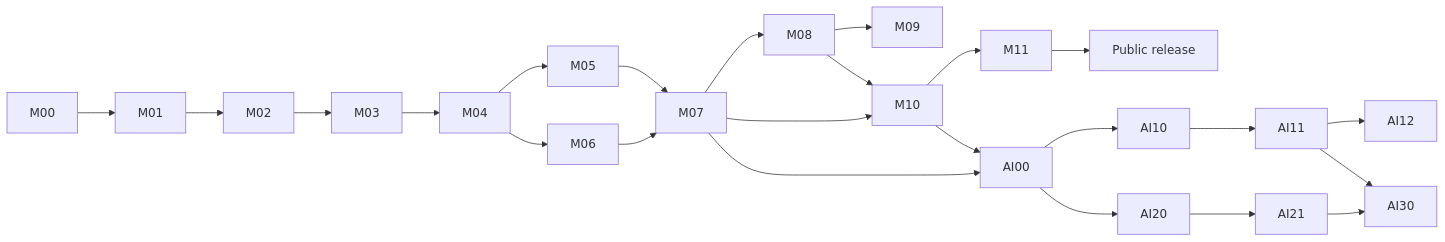
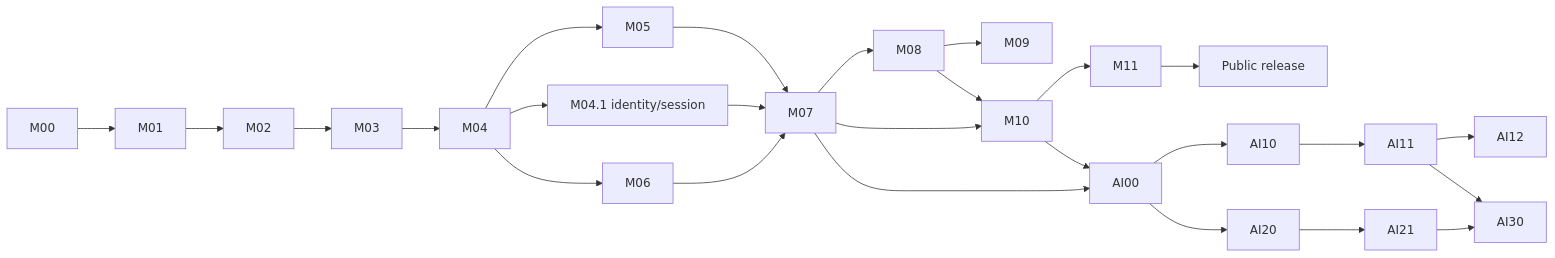
The eighth of 8 diagrams in docs/general-plan.md (MarneusKalgar/aspectloop), drawn with Mermaid before and after one commit. The commit also changed other lines of this file and 49 other files, not shown here.

````diff
--- a/docs/general-plan.md
+++ b/docs/general-plan.md
@@ -1228,17 +1302,19 @@
 ```mermaid
 flowchart LR
   M00 --> M01 --> M02 --> M03 --> M04 --> M05
+  M04 --> M04_1["M04.1 identity/session"]
   M04 --> M06
   M05 --> M07
+  M04_1 --> M07
   M06 --> M07 --> M08 --> M09
   M07 --> M10
   M08 --> M10 --> M11
   M11 --> Public["Public release"]
 
   M07 --> AI00
   M10 --> AI00
   AI00 --> AI10 --> AI11 --> AI12
   AI00 --> AI20 --> AI21
   AI11 --> AI30
   AI21 --> AI30
 ```
````
